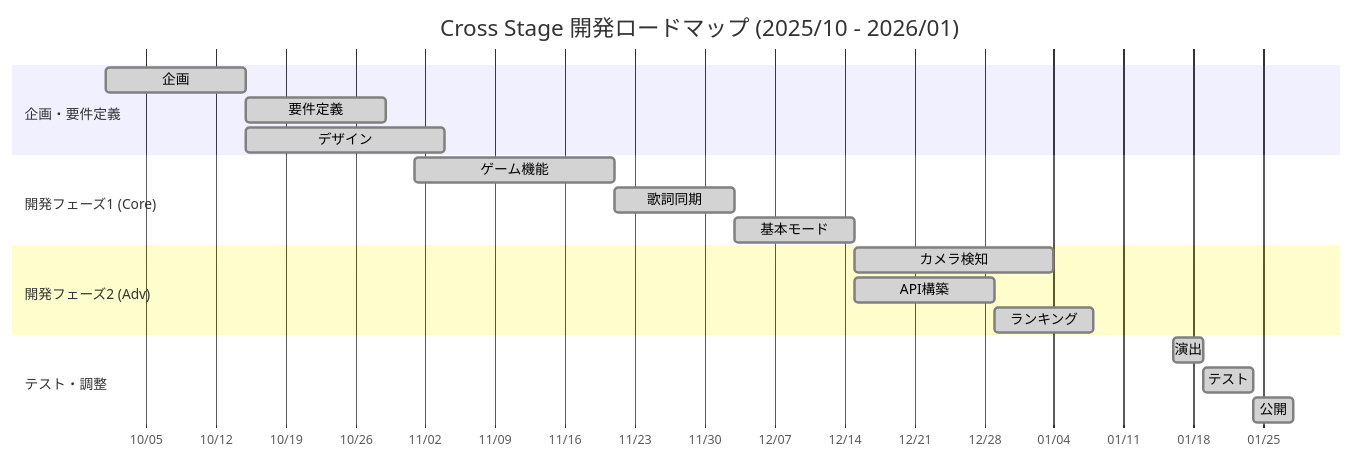
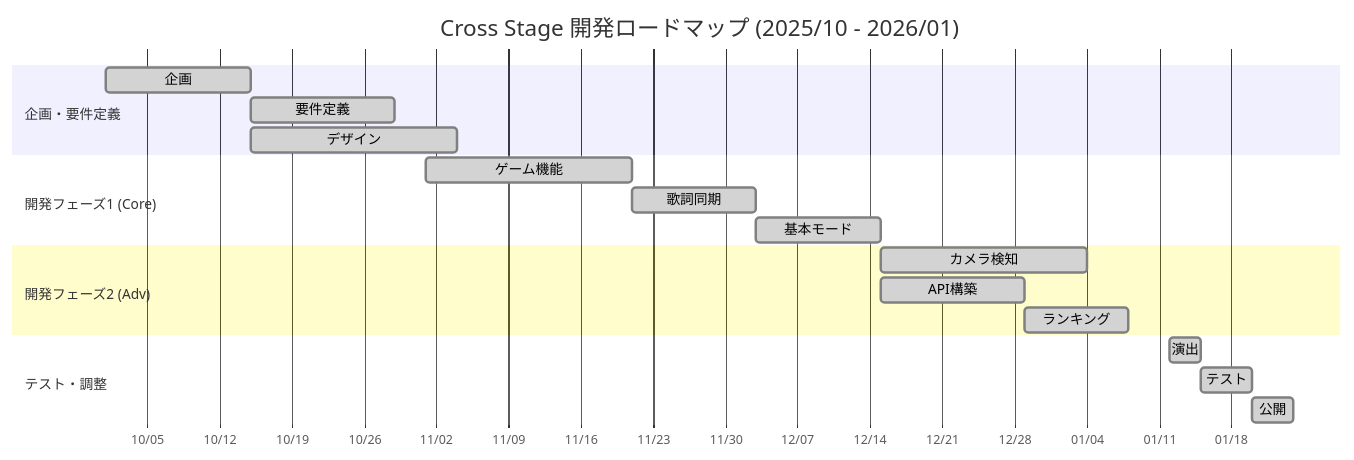
The sixth of 9 diagrams in README.md (syusyusyusyu/star), drawn with Mermaid before and after one commit.

Commit message:
fix: 演出のスケジュールを2026-01-16から2026-01-12に変更

````diff
--- a/README.md
+++ b/README.md
@@ -193,26 +193,26 @@
 ```mermaid
 gantt
     title Cross Stage 開発ロードマップ (2025/10 - 2026/01)
     dateFormat  YYYY-MM-DD
     axisFormat %m/%d
     
     section 企画・要件定義
     企画               :done, a1, 2025-10-01, 14d
     要件定義           :done, a2, after a1, 14d
     デザイン           :done, a3, after a1, 20d
     
     section 開発フェーズ1 (Core)
     ゲーム機能       :done, b1, 2025-11-01, 20d
     歌詞同期           :done, b2, after b1, 12d
     基本モード         :done, b3, after b2, 12d
     
     section 開発フェーズ2 (Adv)
     カメラ検知         :done, c1, after b3, 20d
     API構築            :done, c2, after b3, 14d
     ランキング         :done, c3, after c2, 10d
     
     section テスト・調整
-    演出               :done, d1, 2026-01-16, 3d
+    演出               :done, d1, 2026-01-12, 3d
     テスト             :done, d2, after d1, 5d
     公開               :done, d3, after d2, 4d
 ```
````
